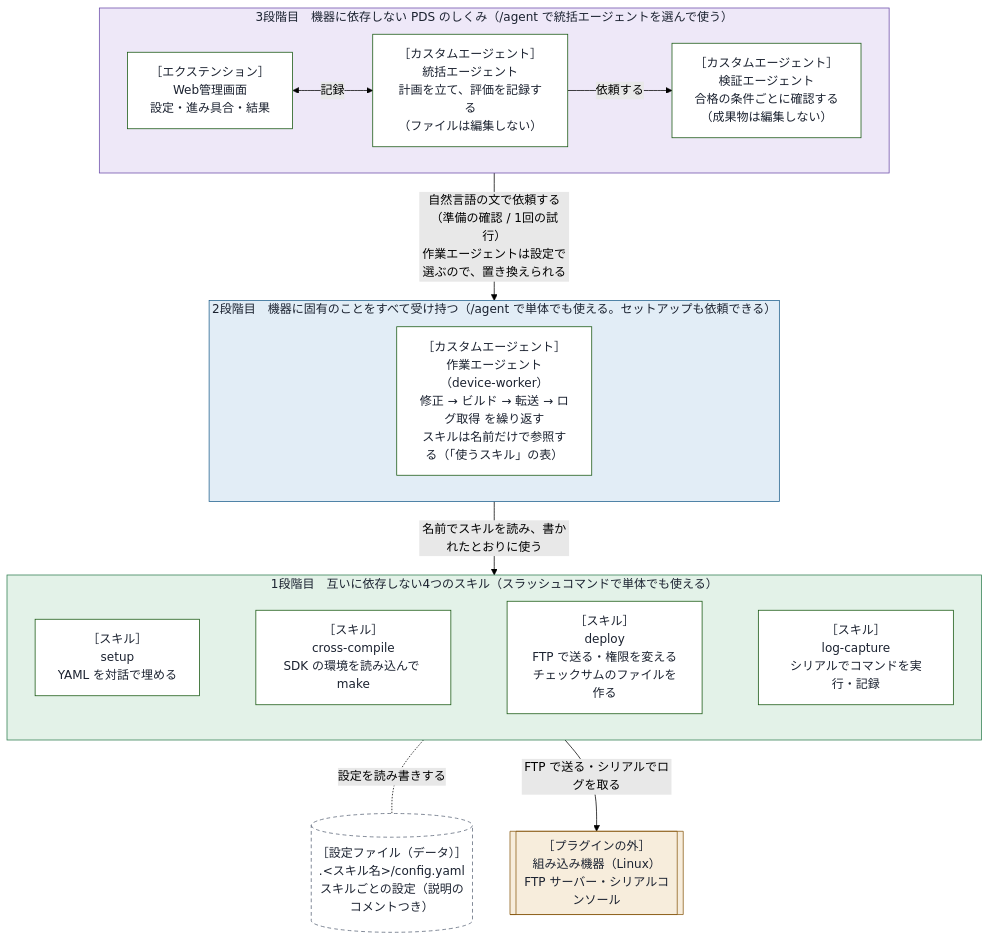
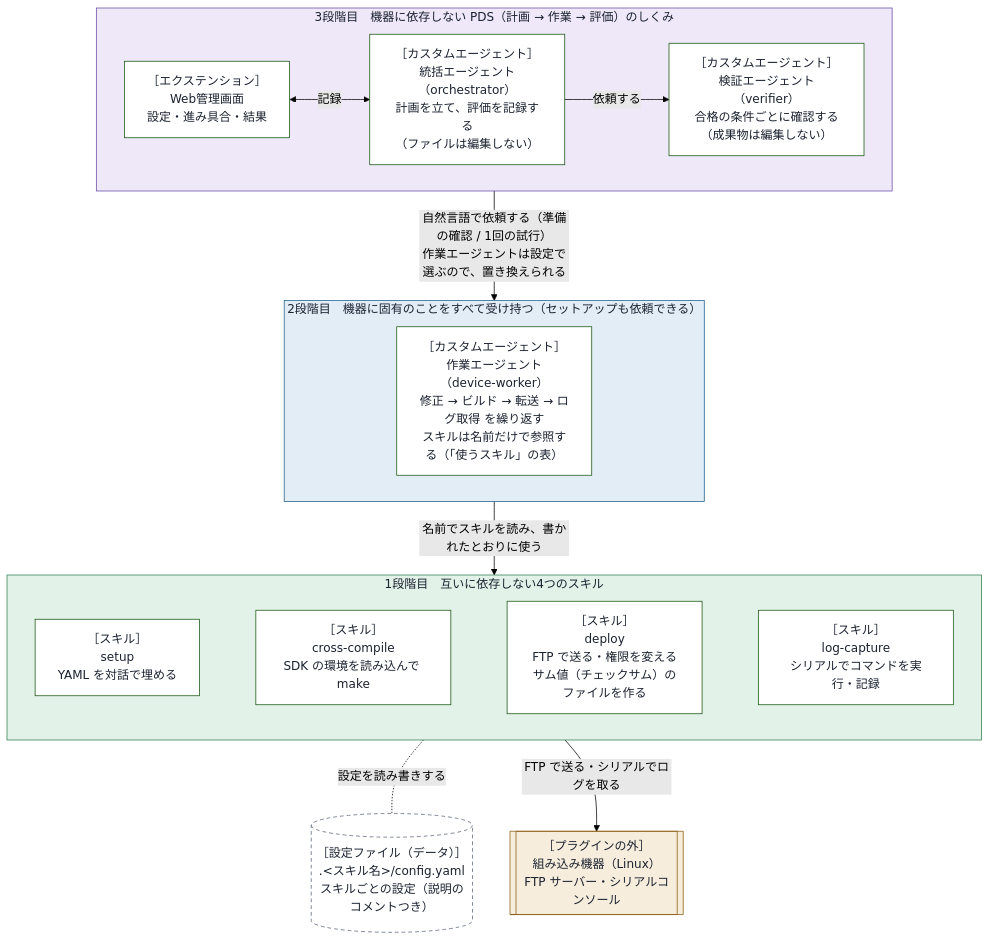
The diagram in plugins/embedded-debug-loop/docs/design/design.md (xclang-brain/plugin-market-place), drawn with Mermaid (forest theme) before and after one commit. The commit also changed other lines of this file and 6 other files, not shown here.

````diff
--- a/plugins/embedded-debug-loop/docs/design/design.md
+++ b/plugins/embedded-debug-loop/docs/design/design.md
@@ -30,42 +19,42 @@
 ```mermaid
 flowchart TB
-    subgraph L3["3段階目　機器に依存しない PDS のしくみ（/agent で統括エージェントを選んで使う）"]
+    subgraph L3["3段階目　機器に依存しない PDS（計画 → 作業 → 評価）のしくみ"]
         direction LR
         UI["［エクステンション］<br/>Web管理画面<br/>設定・進み具合・結果"]
-        ORC["［カスタムエージェント］<br/>統括エージェント<br/>計画を立て、評価を記録する<br/>（ファイルは編集しない）"]
-        VER["［カスタムエージェント］<br/>検証エージェント<br/>合格の条件ごとに確認する<br/>（成果物は編集しない）"]
+        ORC["［カスタムエージェント］<br/>統括エージェント（orchestrator）<br/>計画を立て、評価を記録する<br/>（ファイルは編集しない）"]
+        VER["［カスタムエージェント］<br/>検証エージェント（verifier）<br/>合格の条件ごとに確認する<br/>（成果物は編集しない）"]
         UI <-- "記録" --> ORC
         ORC -- "依頼する" --> VER
     end
 
-    subgraph L2["2段階目　機器に固有のことをすべて受け持つ（/agent で単体でも使える。セットアップも依頼できる）"]
+    subgraph L2["2段階目　機器に固有のことをすべて受け持つ（セットアップも依頼できる）"]
         WRK["［カスタムエージェント］<br/>作業エージェント（device-worker）<br/>修正 → ビルド → 転送 → ログ取得 を繰り返す<br/>スキルは名前だけで参照する（「使うスキル」の表）"]
     end
 
-    subgraph L1["1段階目　互いに依存しない4つのスキル（スラッシュコマンドで単体でも使える）"]
+    subgraph L1["1段階目　互いに依存しない4つのスキル"]
         direction LR
         SETUP["［スキル］<br/>setup<br/>YAML を対話で埋める"]
         CC["［スキル］<br/>cross-compile<br/>SDK の環境を読み込んで make"]
-        DEP["［スキル］<br/>deploy<br/>FTP で送る・権限を変える<br/>チェックサムのファイルを作る"]
+        DEP["［スキル］<br/>deploy<br/>FTP で送る・権限を変える<br/>サム値（チェックサム）のファイルを作る"]
         LOG["［スキル］<br/>log-capture<br/>シリアルでコマンドを実行・記録"]
         SETUP ~~~ CC ~~~ DEP ~~~ LOG
     end
 
     CFG[("［設定ファイル（データ）］<br/>.#lt;スキル名#gt;/config.yaml<br/>スキルごとの設定（説明のコメントつき）")]
     DEV[["［プラグインの外］<br/>組み込み機器（Linux）<br/>FTP サーバー・シリアルコンソール"]]
 
-    L3 -- "自然言語の文で依頼する（準備の確認 / 1回の試行）<br/>作業エージェントは設定で選ぶので、置き換えられる" --> L2
+    L3 -- "自然言語で依頼する（準備の確認 / 1回の試行）<br/>作業エージェントは設定で選ぶので、置き換えられる" --> L2
     L2 -- "名前でスキルを読み、書かれたとおりに使う" --> L1
     L1 -. "設定を読み書きする" .- CFG
     L1 -- "FTP で送る・シリアルでログを取る" --> DEV
 
     style L3 fill:#eee8f8,stroke:#6a4aa8,color:#1b2230
     style L2 fill:#e2edf6,stroke:#1d5e8c,color:#1b2230
     style L1 fill:#e3f2e8,stroke:#2f7d4f,color:#1b2230
     classDef node fill:#ffffff,color:#1b2230
     classDef dev fill:#f7eddc,stroke:#8a5a12,color:#1b2230
     classDef cfg fill:#ffffff,stroke:#586275,color:#1b2230,stroke-dasharray:5 4
     class UI,ORC,VER,WRK,SETUP,CC,DEP,LOG node
     class DEV dev
     class CFG cfg
 ```
````
